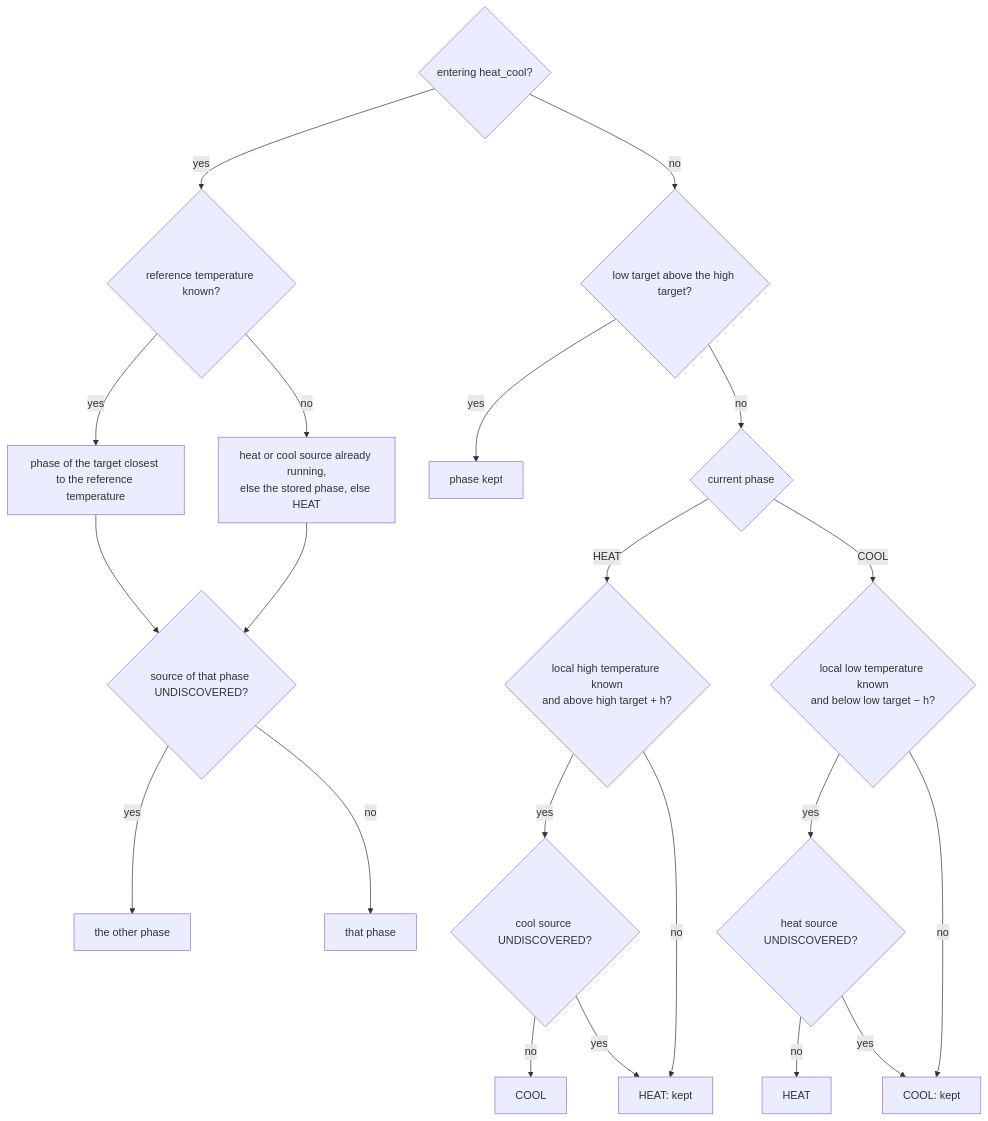
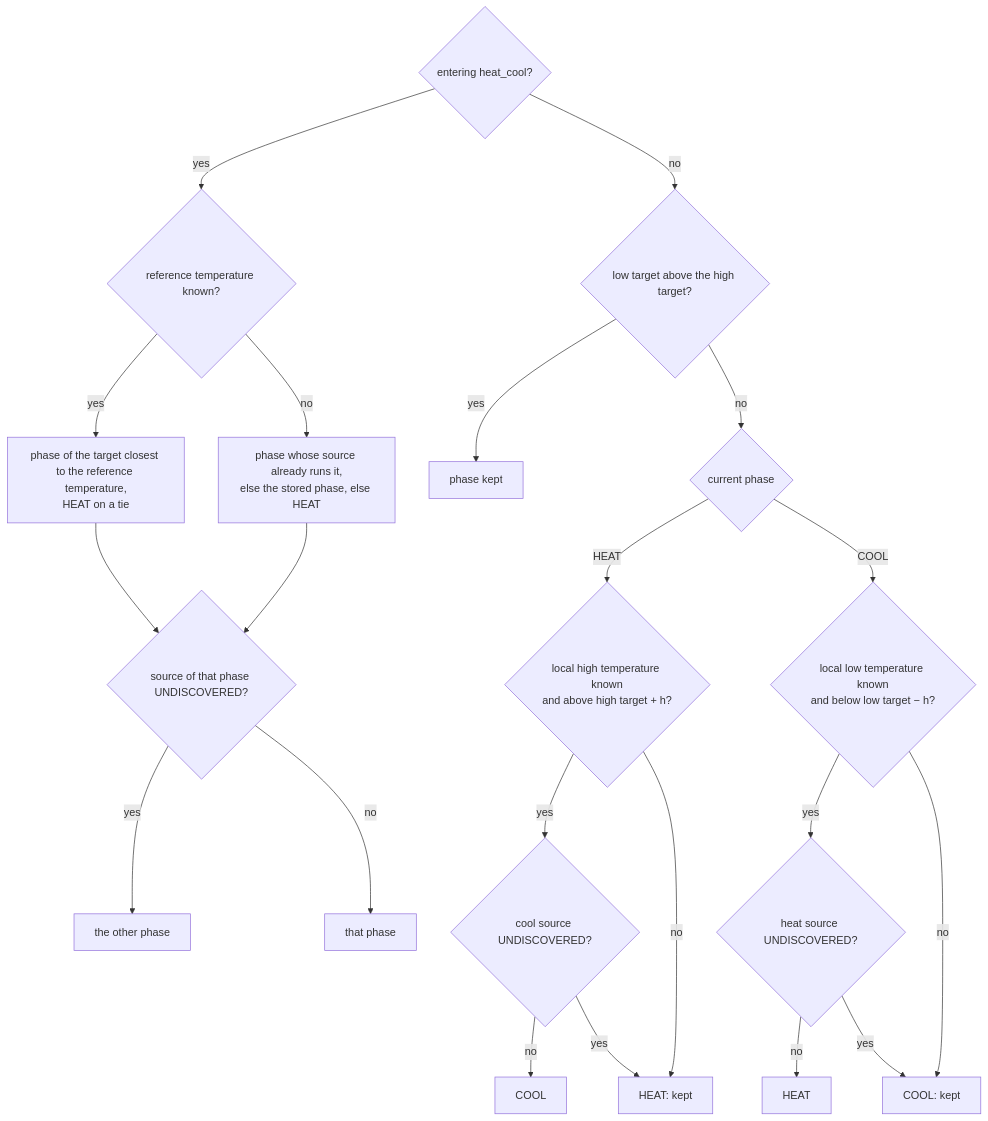
One commit to marsoupilami25/adaptative-climate changed the tenth of 21 diagrams in SPEC.md. Above: the diagram before and after it, drawn with Mermaid. The commit also changed other lines of this file, not shown here.

Commit message:
Review phase 2 section B

````diff
--- a/SPEC.md
+++ b/SPEC.md
@@ -1360,24 +1642,24 @@
 ```mermaid
 flowchart TD
     D{entering heat_cool?}
     D -- yes --> F{reference temperature known?}
-    F -- yes --> G[phase of the target closest to the reference temperature]
-    F -- no --> I[heat or cool source already running,<br/>else the stored phase, else HEAT]
+    F -- yes --> G[phase of the target closest to the reference temperature,<br/>HEAT on a tie]
+    F -- no --> I[phase whose source already runs it,<br/>else the stored phase, else HEAT]
     G --> U{source of that phase UNDISCOVERED?}
     I --> U
     U -- yes --> O[the other phase]
     U -- no --> KEEP0[that phase]
     D -- no --> L{low target above the high target?}
     L -- yes --> KEEP[phase kept]
     L -- no --> P{current phase}
     P -- HEAT --> B{"local high temperature known<br/>and above high target + h?"}
     B -- yes --> SC{cool source UNDISCOVERED?}
     SC -- no --> K[COOL]
     SC -- yes --> H
     B -- no --> H[HEAT: kept]
     P -- COOL --> C{"local low temperature known<br/>and below low target − h?"}
     C -- yes --> SH{heat source UNDISCOVERED?}
     SH -- no --> H2[HEAT]
     SH -- yes --> K2
     C -- no --> K2[COOL: kept]
 ```
````
